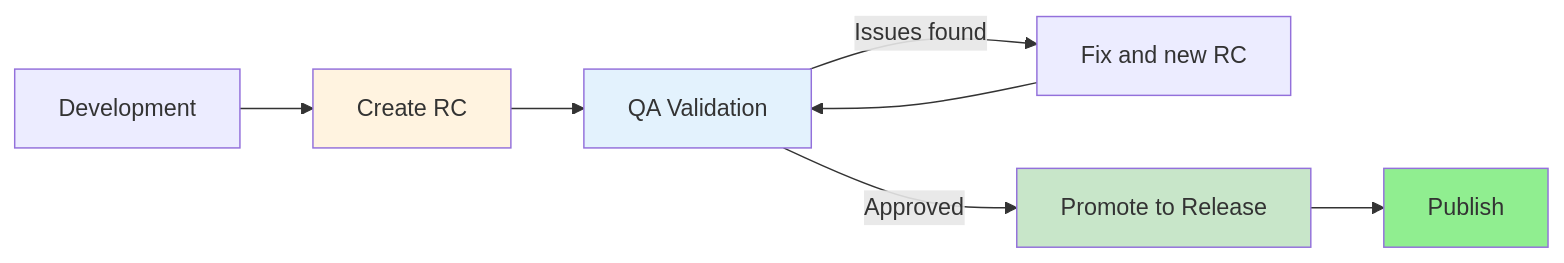
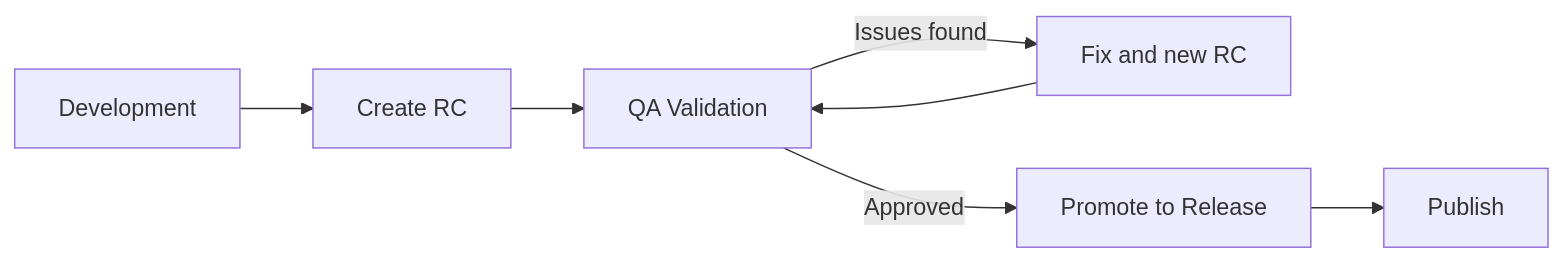
One commit to shivam-g-mishra/blog changed the diagram in docs/cicd/versioning-releases.md. Above: the diagram before and after it, drawn with Mermaid. The commit also changed 23 other files, not shown here.

First line of the commit message:
fix: improve Mermaid diagram visibility in dark mode

````diff
--- a/docs/cicd/versioning-releases.md
+++ b/docs/cicd/versioning-releases.md
@@ -745,14 +745,9 @@
 ```mermaid
 flowchart LR
     A[Development] --> B[Create RC]
     B --> C[QA Validation]
     C -->|Issues found| D[Fix and new RC]
     D --> C
     C -->|Approved| E[Promote to Release]
     E --> F[Publish]
-    
-    style B fill:#fff3e0
-    style C fill:#e3f2fd
-    style E fill:#c8e6c9
-    style F fill:#90EE90
 ```
````
